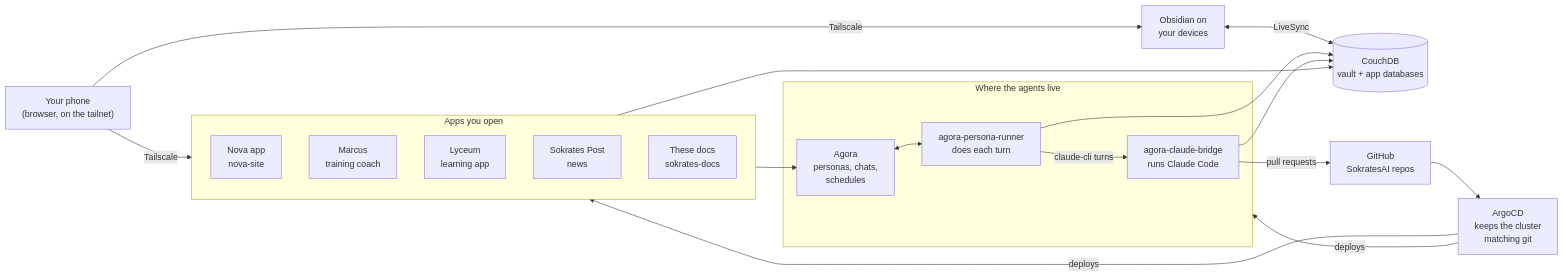
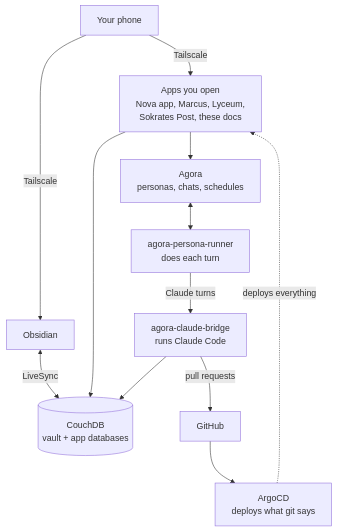
One commit to SokratesAI/sokrates-docs changed the first of 2 diagrams in docs/explanation/platform-map.md. Above: the diagram before and after it, drawn with Mermaid. The commit also changed other lines of this file, not shown here.

Commit message:
Platform map: make both diagrams readable on a phone (#50)

````diff
--- a/docs/explanation/platform-map.md
+++ b/docs/explanation/platform-map.md
@@ -15,37 +15,24 @@
 ```mermaid
-flowchart LR
-    phone["Your phone<br/>(browser, on the tailnet)"]
-
-    subgraph apps ["Apps you open"]
-        nova["Nova app<br/>nova-site"]
-        marcus["Marcus<br/>training coach"]
-        lyceum["Lyceum<br/>learning app"]
-        post["Sokrates Post<br/>news"]
-        docs["These docs<br/>sokrates-docs"]
-    end
-
-    subgraph brain ["Where the agents live"]
-        agora["Agora<br/>personas, chats,<br/>schedules"]
-        runner["agora-persona-runner<br/>does each turn"]
-        bridge["agora-claude-bridge<br/>runs Claude Code"]
-    end
-
+flowchart TD
+    phone["Your phone"]
+    apps["Apps you open<br/>Nova app, Marcus, Lyceum,<br/>Sokrates Post, these docs"]
+    obsidian["Obsidian"]
+    agora["Agora<br/>personas, chats, schedules"]
+    runner["agora-persona-runner<br/>does each turn"]
+    bridge["agora-claude-bridge<br/>runs Claude Code"]
     couch[("CouchDB<br/>vault + app databases")]
-    obsidian["Obsidian on<br/>your devices"]
-    github["GitHub<br/>SokratesAI repos"]
-    argo["ArgoCD<br/>keeps the cluster<br/>matching git"]
+    github["GitHub"]
+    argo["ArgoCD<br/>deploys what git says"]
 
     phone -->|Tailscale| apps
     phone -->|Tailscale| obsidian
     obsidian <-->|LiveSync| couch
     apps --> agora
     apps --> couch
     agora <--> runner
-    runner -->|claude-cli turns| bridge
-    runner --> couch
+    runner -->|Claude turns| bridge
     bridge --> couch
     bridge -->|pull requests| github
     github --> argo
-    argo -->|deploys| apps
-    argo -->|deploys| brain
+    argo -.->|deploys everything| apps
 ```
````
